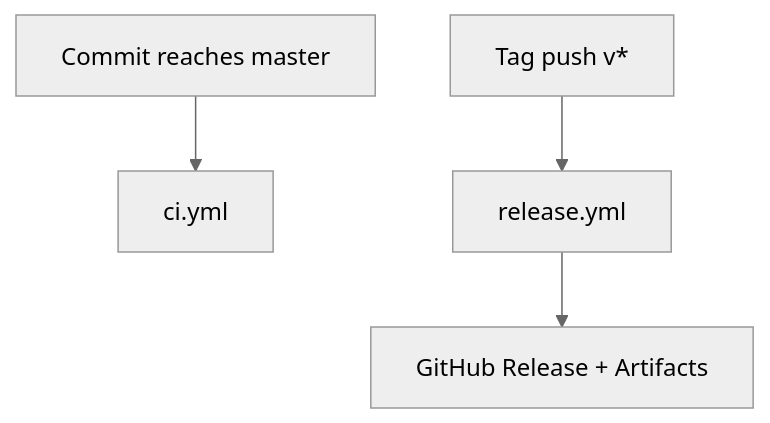
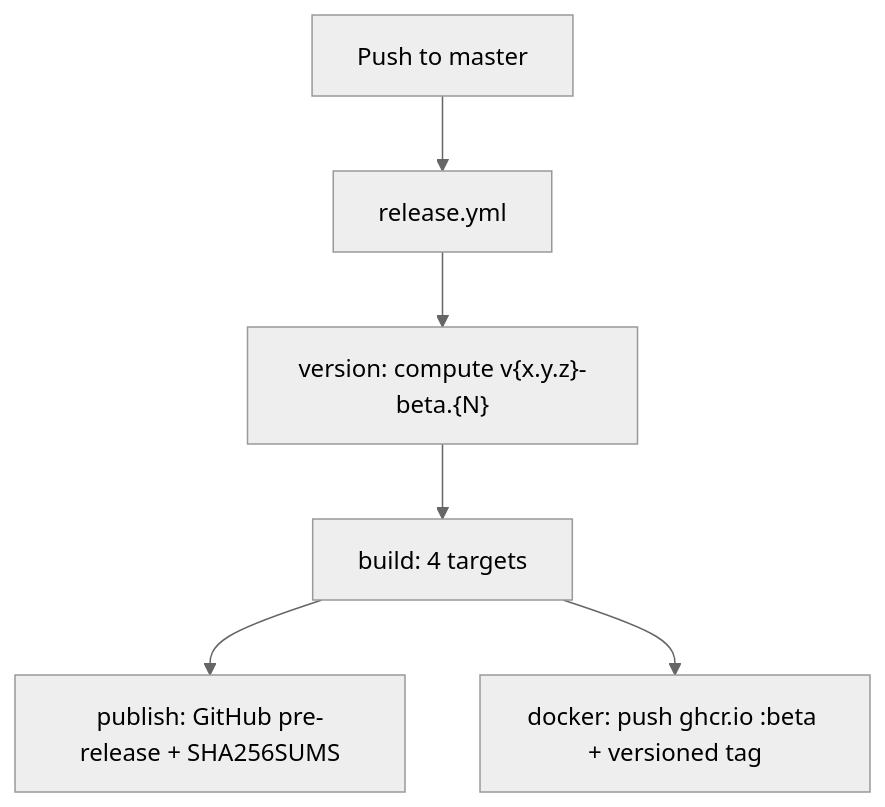
Before and after one commit to hahaxunv2/zeroclaw: the second of 3 diagrams in .github/workflows/master-branch-flow.md, drawn with Mermaid (neutral theme). The commit also changed other lines of this file and 4 other files, not shown here.

````diff
--- a/.github/workflows/master-branch-flow.md
+++ b/.github/workflows/master-branch-flow.md
@@ -59,6 +101,8 @@
 ```mermaid
 flowchart TD
-  A["Commit reaches master"] --> B["ci.yml"]
-  T["Tag push v*"] --> R["release.yml"]
-  R --> R1["GitHub Release + Artifacts"]
+  A["Push to master"] --> B["release.yml"]
+  B --> B1["version: compute v{x.y.z}-beta.{N}"]
+  B1 --> B2["build: 4 targets"]
+  B2 --> B3["publish: GitHub pre-release + SHA256SUMS"]
+  B2 --> B4["docker: push ghcr.io :beta + versioned tag"]
 ```
````
